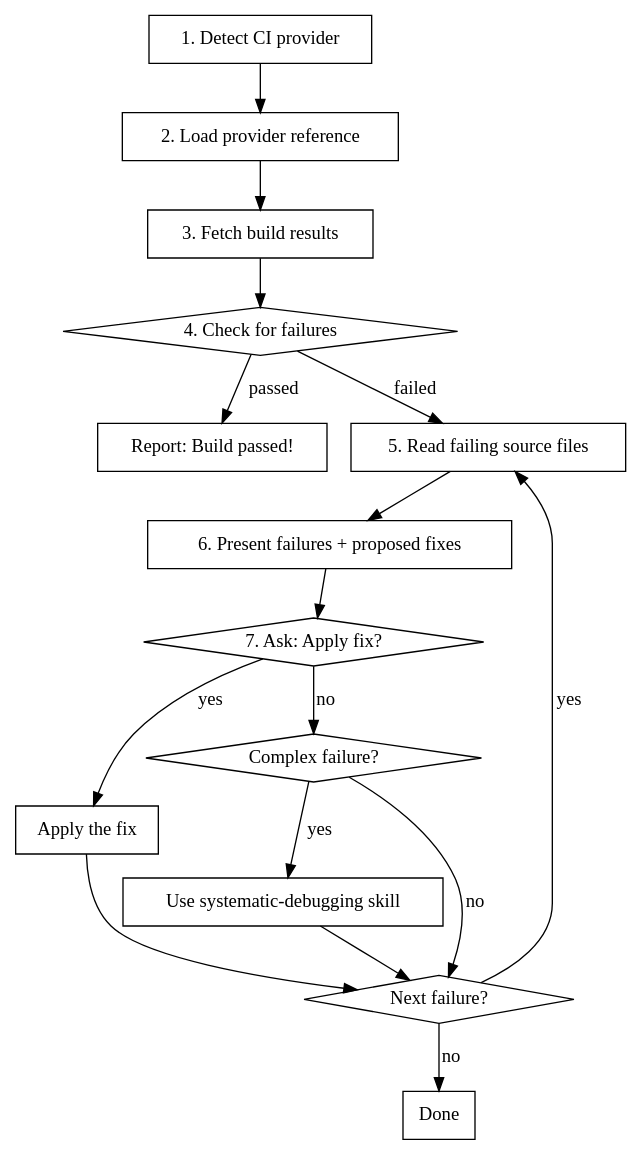
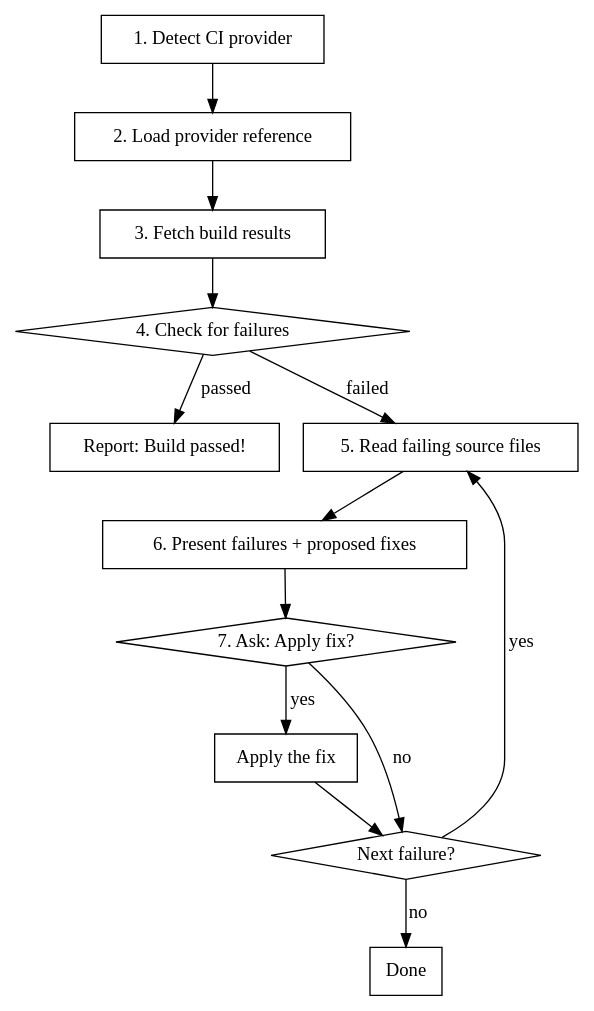
The diagram in skills/fetch-ci-build/SKILL.md (mikeastock/dotfiles), drawn with Graphviz before and after one commit. The commit also changed other lines of this file and 13 other files, not shown here.

Commit message:
chore: remove systematic-debugging skill

````diff
--- a/skills/fetch-ci-build/SKILL.md
+++ b/skills/fetch-ci-build/SKILL.md
@@ -45,36 +45,31 @@
 ```dot
 digraph workflow {
     rankdir=TB;
     node [shape=box];
     
     detect [label="1. Detect CI provider"];
     load [label="2. Load provider reference"];
     fetch [label="3. Fetch build results"];
     check [label="4. Check for failures" shape=diamond];
     passed [label="Report: Build passed!"];
     read [label="5. Read failing source files"];
     present [label="6. Present failures + proposed fixes"];
     ask [label="7. Ask: Apply fix?" shape=diamond];
     apply [label="Apply the fix"];
-    complex [label="Complex failure?" shape=diamond];
-    debug [label="Use systematic-debugging skill"];
     next [label="Next failure?" shape=diamond];
     done [label="Done"];
     
     detect -> load;
     load -> fetch;
     fetch -> check;
     check -> passed [label="passed"];
     check -> read [label="failed"];
     read -> present;
     present -> ask;
     ask -> apply [label="yes"];
-    ask -> complex [label="no"];
+    ask -> next [label="no"];
     apply -> next;
-    complex -> debug [label="yes"];
-    complex -> next [label="no"];
-    debug -> next;
     next -> read [label="yes"];
     next -> done [label="no"];
 }
 ```
````
